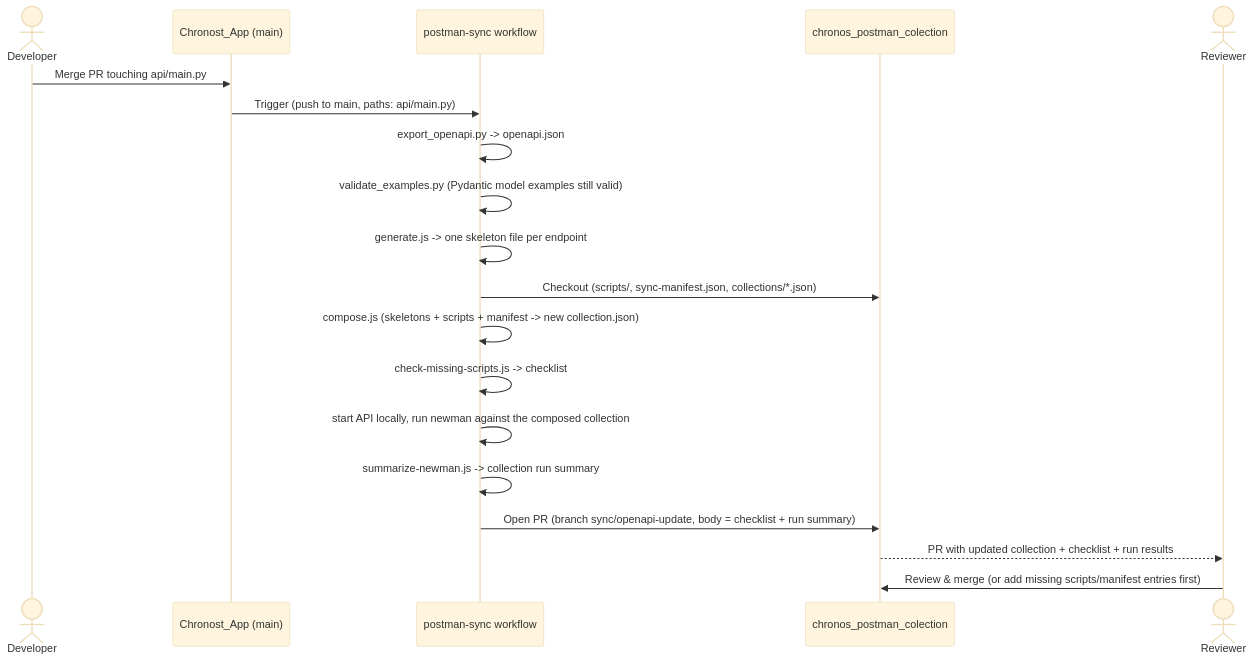
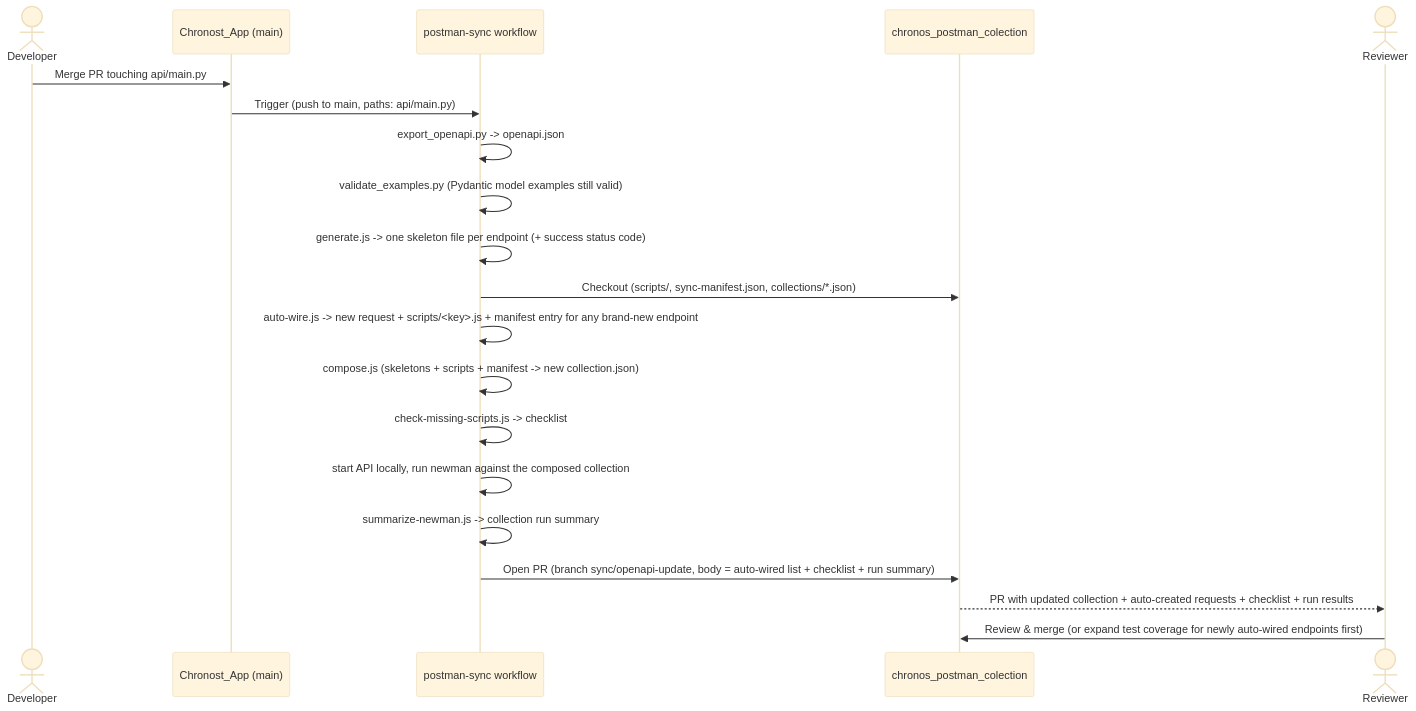
One commit to jirivondra/Chronost_App changed the diagram in postman-sync/README.md. Above: the diagram before and after it, drawn with Mermaid (base theme). The commit also changed other lines of this file and 5 other files, not shown here.

First line of the commit message:
feat: auto-wire brand-new endpoints instead of just flagging them

````diff
--- a/postman-sync/README.md
+++ b/postman-sync/README.md
@@ -7,22 +7,23 @@
 ```mermaid
 sequenceDiagram
     actor Dev as Developer
     participant App as Chronost_App (main)
     participant CI as postman-sync workflow
     participant Repo as chronos_postman_colection
     actor Rev as Reviewer
 
     Dev->>App: Merge PR touching api/main.py
     App->>CI: Trigger (push to main, paths: api/main.py)
     CI->>CI: export_openapi.py -> openapi.json
     CI->>CI: validate_examples.py (Pydantic model examples still valid)
-    CI->>CI: generate.js -> one skeleton file per endpoint
+    CI->>CI: generate.js -> one skeleton file per endpoint (+ success status code)
     CI->>Repo: Checkout (scripts/, sync-manifest.json, collections/*.json)
+    CI->>CI: auto-wire.js -> new request + scripts/<key>.js + manifest entry for any brand-new endpoint
     CI->>CI: compose.js (skeletons + scripts + manifest -> new collection.json)
     CI->>CI: check-missing-scripts.js -> checklist
     CI->>CI: start API locally, run newman against the composed collection
     CI->>CI: summarize-newman.js -> collection run summary
-    CI->>Repo: Open PR (branch sync/openapi-update, body = checklist + run summary)
-    Repo-->>Rev: PR with updated collection + checklist + run results
-    Rev->>Repo: Review & merge (or add missing scripts/manifest entries first)
+    CI->>Repo: Open PR (branch sync/openapi-update, body = auto-wired list + checklist + run summary)
+    Repo-->>Rev: PR with updated collection + auto-created requests + checklist + run results
+    Rev->>Repo: Review & merge (or expand test coverage for newly auto-wired endpoints first)
 ```
````
